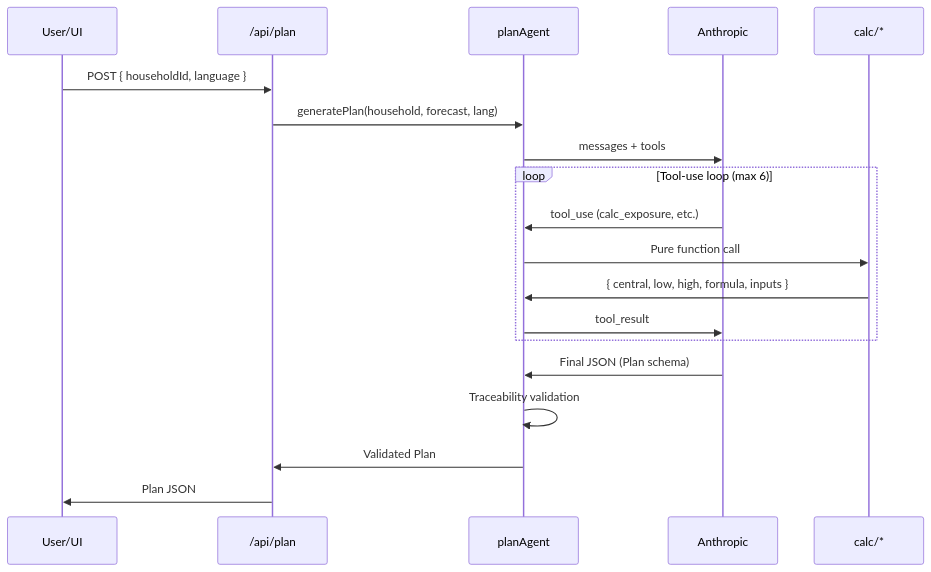
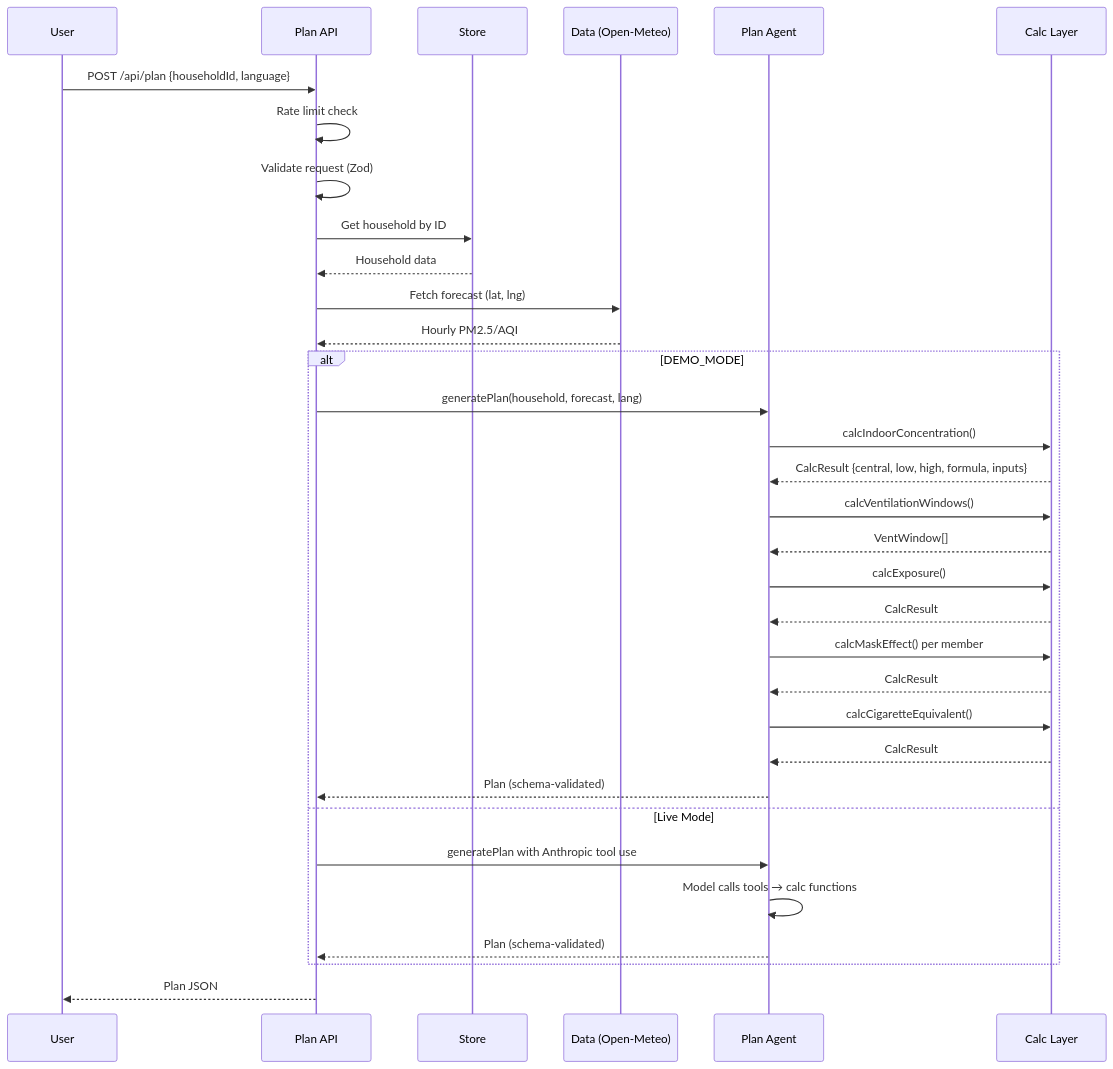
The second of 2 diagrams in docs/ARCHITECTURE.md (bhavanshu-1112/AirPlan), drawn with Mermaid before and after one commit. The commit also changed other lines of this file and 34 other files, not shown here.

````diff
--- a/docs/ARCHITECTURE.md
+++ b/docs/ARCHITECTURE.md
@@ -54,22 +66,38 @@
 ```mermaid
 sequenceDiagram
-    participant U as User/UI
-    participant API as /api/plan
-    participant PA as planAgent
-    participant LLM as Anthropic
-    participant C as calc/*
+    participant U as User
+    participant P as Plan API
+    participant S as Store
+    participant D as Data (Open-Meteo)
+    participant L as Plan Agent
+    participant C as Calc Layer
 
-    U->>API: POST { householdId, language }
-    API->>PA: generatePlan(household, forecast, lang)
-    PA->>LLM: messages + tools
-    loop Tool-use loop (max 6)
-        LLM->>PA: tool_use (calc_exposure, etc.)
-        PA->>C: Pure function call
-        C->>PA: { central, low, high, formula, inputs }
-        PA->>LLM: tool_result
+    U->>P: POST /api/plan {householdId, language}
+    P->>P: Rate limit check
+    P->>P: Validate request (Zod)
+    P->>S: Get household by ID
+    S-->>P: Household data
+    P->>D: Fetch forecast (lat, lng)
+    D-->>P: Hourly PM2.5/AQI
+
+    alt DEMO_MODE
+        P->>L: generatePlan(household, forecast, lang)
+        L->>C: calcIndoorConcentration()
+        C-->>L: CalcResult {central, low, high, formula, inputs}
+        L->>C: calcVentilationWindows()
+        C-->>L: VentWindow[]
+        L->>C: calcExposure()
+        C-->>L: CalcResult
+        L->>C: calcMaskEffect() per member
+        C-->>L: CalcResult
+        L->>C: calcCigaretteEquivalent()
+        C-->>L: CalcResult
+        L-->>P: Plan (schema-validated)
+    else Live Mode
+        P->>L: generatePlan with Anthropic tool use
+        L->>L: Model calls tools → calc functions
+        L-->>P: Plan (schema-validated)
     end
-    LLM->>PA: Final JSON (Plan schema)
-    PA->>PA: Traceability validation
-    PA->>API: Validated Plan
-    API->>U: Plan JSON
+
+    P-->>U: Plan JSON
 ```
````
